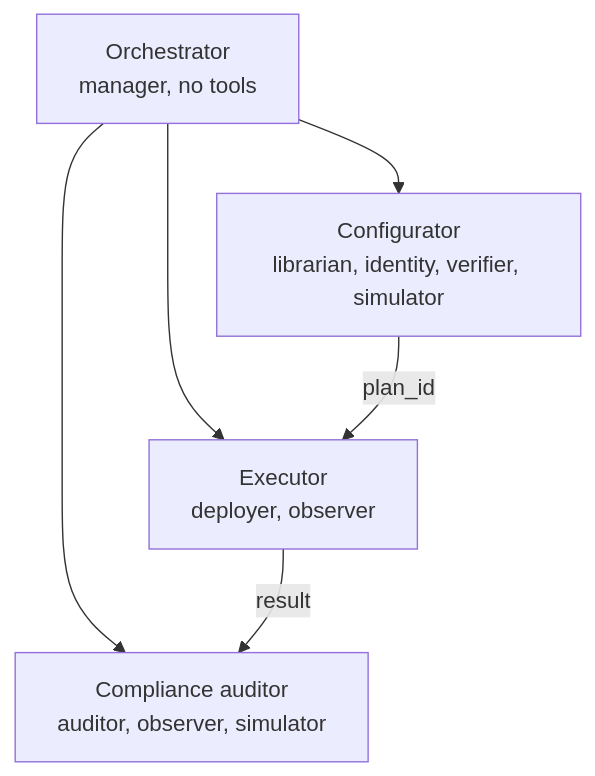
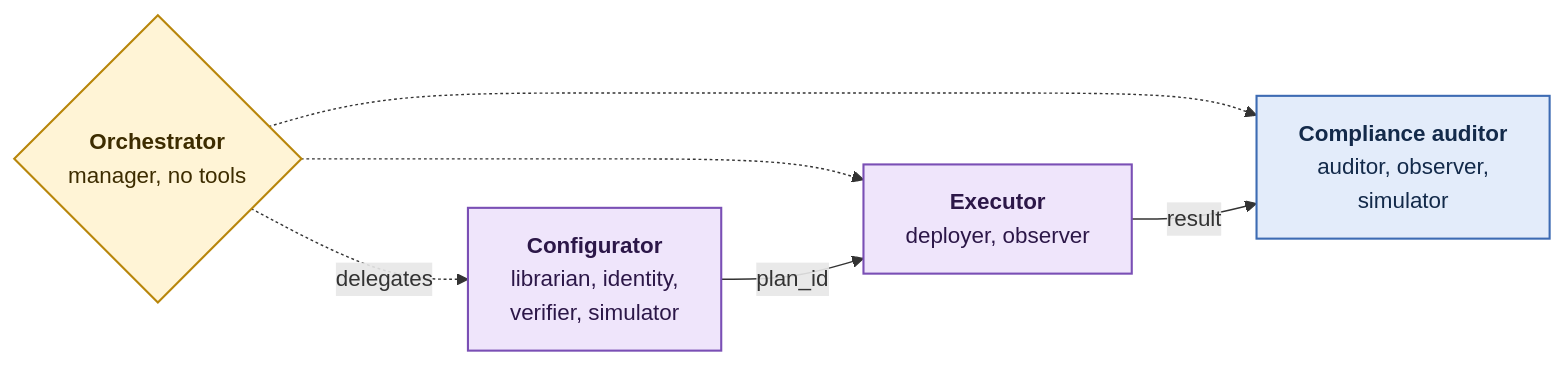
The second of 2 diagrams in docs/reasoning.md (CICTHackathon/llm-access), drawn with Mermaid before and after one commit. The commit also changed other lines of this file, not shown here.

Commit message:
docs: colour reasoning diagrams and lay them out left to right

````diff
--- a/docs/reasoning.md
+++ b/docs/reasoning.md
@@ -112,8 +123,19 @@
 ```mermaid
-flowchart TB
-    O[Orchestrator<br/>manager, no tools] --> C[Configurator<br/>librarian, identity, verifier, simulator]
-    O --> E[Executor<br/>deployer, observer]
-    O --> A[Compliance auditor<br/>auditor, observer, simulator]
-    C -- plan_id --> E
-    E -- result --> A
+flowchart LR
+    O{"<b>Orchestrator</b><br/>manager, no tools"}
+    C["<b>Configurator</b><br/>librarian, identity,<br/>verifier, simulator"]
+    E["<b>Executor</b><br/>deployer, observer"]
+    A["<b>Compliance auditor</b><br/>auditor, observer,<br/>simulator"]
+    O -.->|delegates| C
+    O -.-> E
+    O -.-> A
+    C -->|plan_id| E
+    E -->|result| A
+
+    classDef gate fill:#fff4d6,stroke:#b8860b,color:#3d2c00,stroke-width:1.5px
+    classDef agent fill:#efe5fb,stroke:#7a4fb5,color:#2c1748,stroke-width:1.5px
+    classDef check fill:#e3ecfa,stroke:#3d6bb3,color:#132a4a,stroke-width:1.5px
+    class O gate
+    class C,E agent
+    class A check
 ```
````
